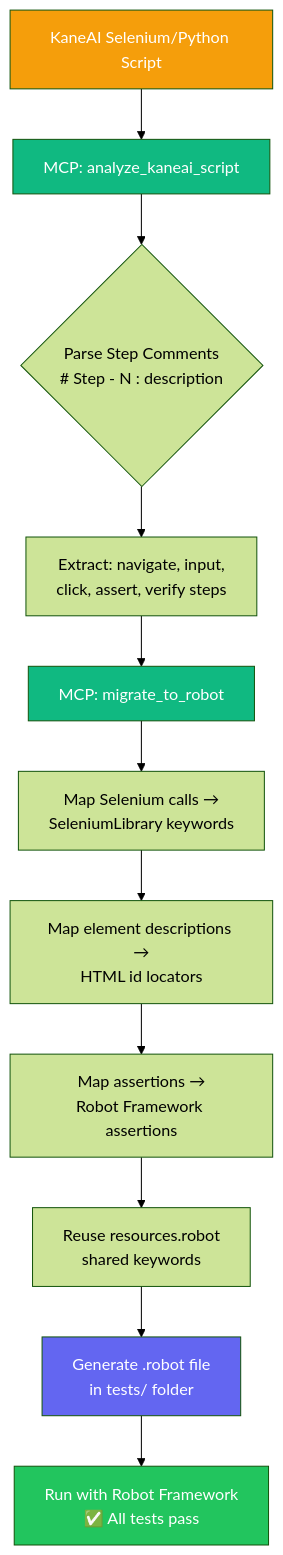
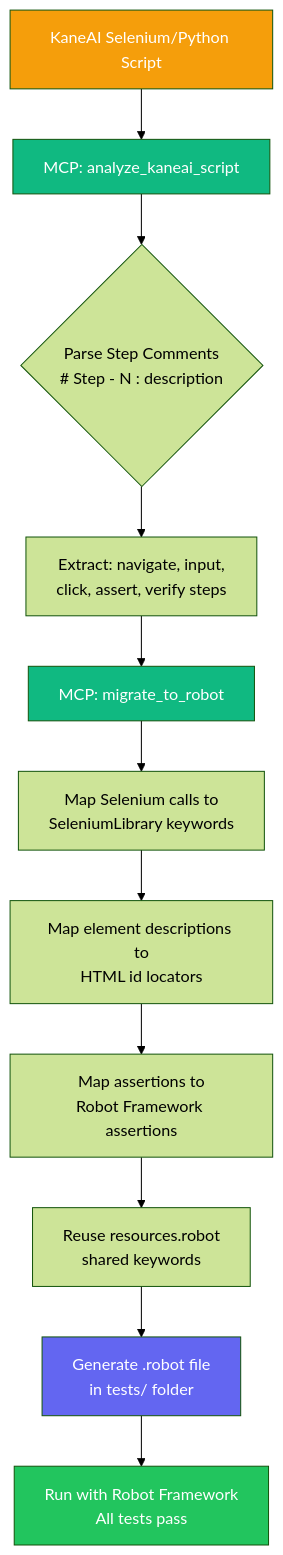
The fourth of 4 diagrams in WORKFLOW_SUMMARY.md (skallidah/flask-app-with-robot-tests), drawn with Mermaid (forest theme) before and after one commit. The commit also changed other lines of this file and 1 other file, not shown here.

First line of the commit message:
Simplify diagrams and restructure guide around 12-step workflow

````diff
--- a/WORKFLOW_SUMMARY.md
+++ b/WORKFLOW_SUMMARY.md
@@ -124,19 +123,19 @@
 ```mermaid
 flowchart TD
     A["KaneAI Selenium/Python Script"] --> B["MCP: analyze_kaneai_script"]
     B --> C{"Parse Step Comments<br/># Step - N : description"}
     C --> D["Extract: navigate, input,<br/>click, assert, verify steps"]
     D --> E["MCP: migrate_to_robot"]
-    E --> F["Map Selenium calls →<br/>SeleniumLibrary keywords"]
-    F --> G["Map element descriptions →<br/>HTML id locators"]
-    G --> H["Map assertions →<br/>Robot Framework assertions"]
+    E --> F["Map Selenium calls to<br/>SeleniumLibrary keywords"]
+    F --> G["Map element descriptions to<br/>HTML id locators"]
+    G --> H["Map assertions to<br/>Robot Framework assertions"]
     H --> I["Reuse resources.robot<br/>shared keywords"]
     I --> J["Generate .robot file<br/>in tests/ folder"]
-    J --> K["Run with Robot Framework<br/>✅ All tests pass"]
+    J --> K["Run with Robot Framework<br/>All tests pass"]
 
     style A fill:#f59e0b,color:#fff
     style B fill:#10b981,color:#fff
     style E fill:#10b981,color:#fff
     style J fill:#6366f1,color:#fff
     style K fill:#22c55e,color:#fff
 ```
````
